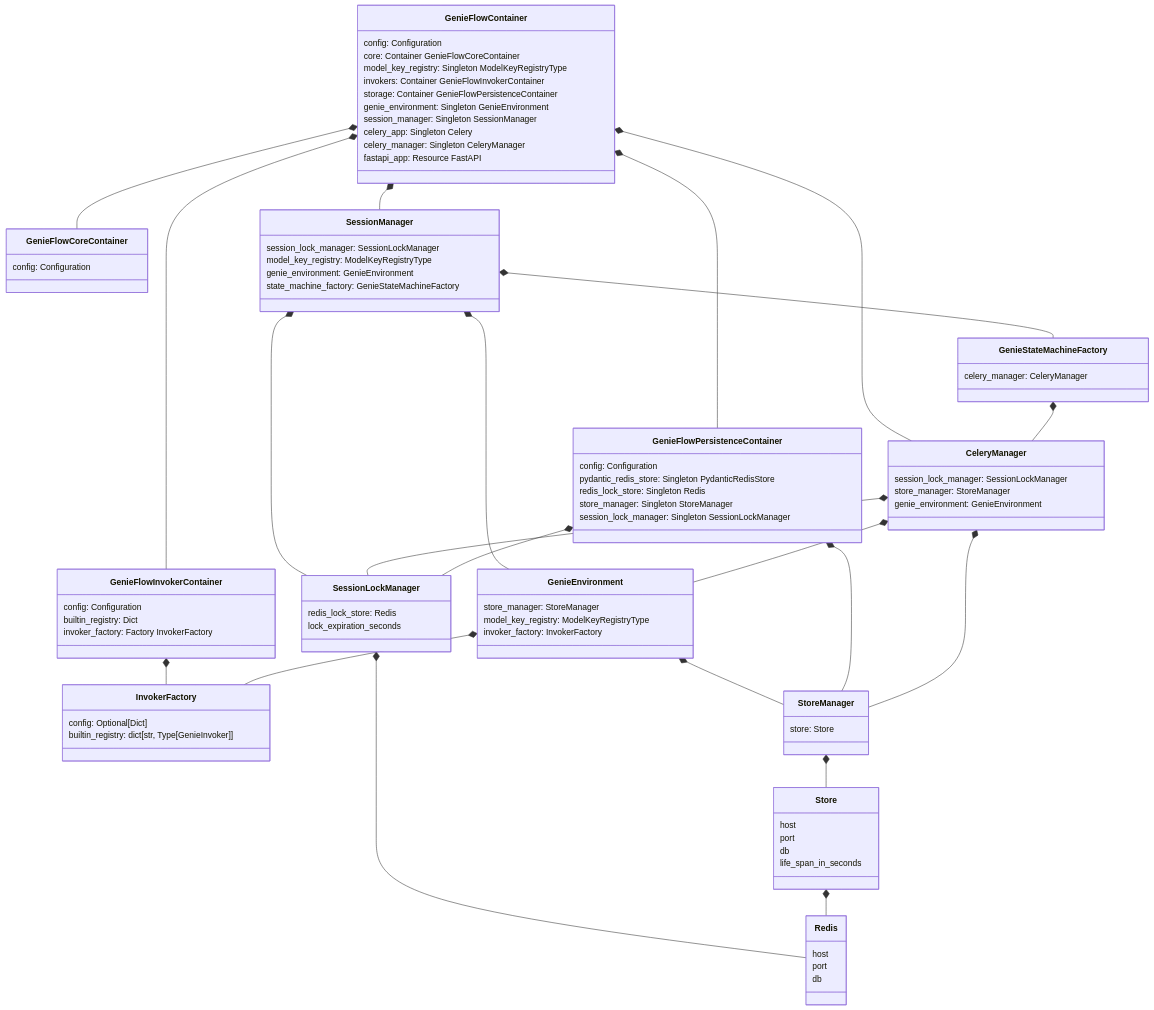
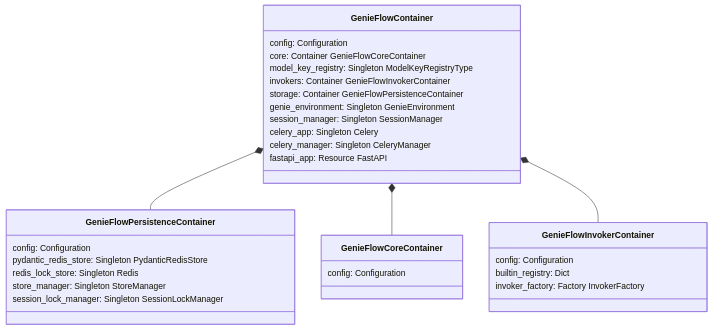
The diagram in doc/container-architecture.md (genieversum/genie-flow), drawn with Mermaid before and after one commit. The commit also changed 4 other files, not shown here.

````diff
--- a/doc/container-architecture.md
+++ b/doc/container-architecture.md
@@ -3,35 +3,6 @@
     GenieFlowContainer *-- GenieFlowPersistenceContainer
     GenieFlowContainer *-- GenieFlowCoreContainer
     GenieFlowContainer *-- GenieFlowInvokerContainer
-    GenieFlowContainer *-- SessionManager
-    GenieFlowContainer *-- CeleryManager
-    
-    GenieFlowInvokerContainer *-- InvokerFactory
-    
-    SessionManager *-- SessionLockManager
-%%    SessionManager *-- ModelKeyRegistryType
-    SessionManager *-- GenieEnvironment
-    SessionManager *-- GenieStateMachineFactory
-    
-    GenieEnvironment *-- StoreManager
-%%    GenieEnvironment *-- ModelKeyRegistryType
-    GenieEnvironment *-- InvokerFactory
-    
-    GenieFlowPersistenceContainer *-- StoreManager
-    
-    GenieStateMachineFactory *-- CeleryManager
-    
-    CeleryManager *-- SessionLockManager
-    CeleryManager *-- StoreManager
-    CeleryManager *-- GenieEnvironment
-    
-    StoreManager *-- Store
-    
-    GenieFlowPersistenceContainer *-- SessionLockManager
-    
-    SessionLockManager *-- Redis
-    
-    Store *-- Redis
     
     class GenieFlowCoreContainer{
         config: Configuration
@@ -63,54 +34,5 @@
         celery_manager: Singleton CeleryManager
         fastapi_app: Resource FastAPI
     }
-    
-    class StoreManager{
-        store: Store
-    }
-    
-    class SessionManager{
-        session_lock_manager: SessionLockManager
-        model_key_registry: ModelKeyRegistryType
-        genie_environment: GenieEnvironment
-        state_machine_factory: GenieStateMachineFactory
-    }
-    
-    class GenieEnvironment{
-        store_manager: StoreManager
-        model_key_registry: ModelKeyRegistryType
-        invoker_factory: InvokerFactory
-    }
-    
-    class SessionLockManager{
-        redis_lock_store: Redis
-        lock_expiration_seconds
-    }
-    
-    class InvokerFactory{
-        config: Optional[Dict]
-        builtin_registry: dict[str, Type[GenieInvoker]]
-    }
-    
-    class GenieStateMachineFactory{
-        celery_manager: CeleryManager
-    }
-    
-    class CeleryManager{
-        session_lock_manager: SessionLockManager
-        store_manager: StoreManager
-        genie_environment: GenieEnvironment
-    }
 
-    class Redis{
-        host
-        port
-        db
-    }
-    
-    class Store{
-        host
-        port
-        db
-        life_span_in_seconds
-    }
 ```
````
